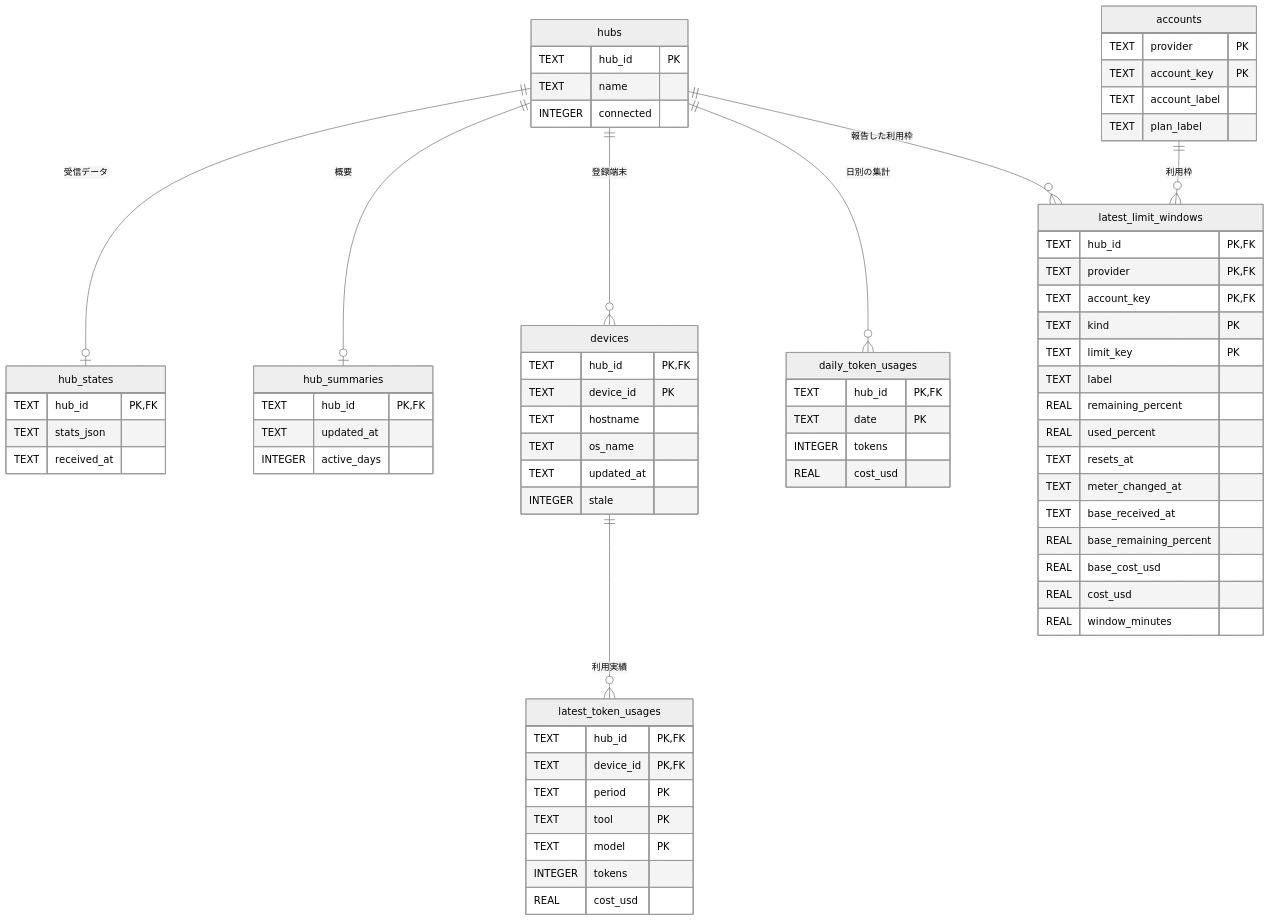
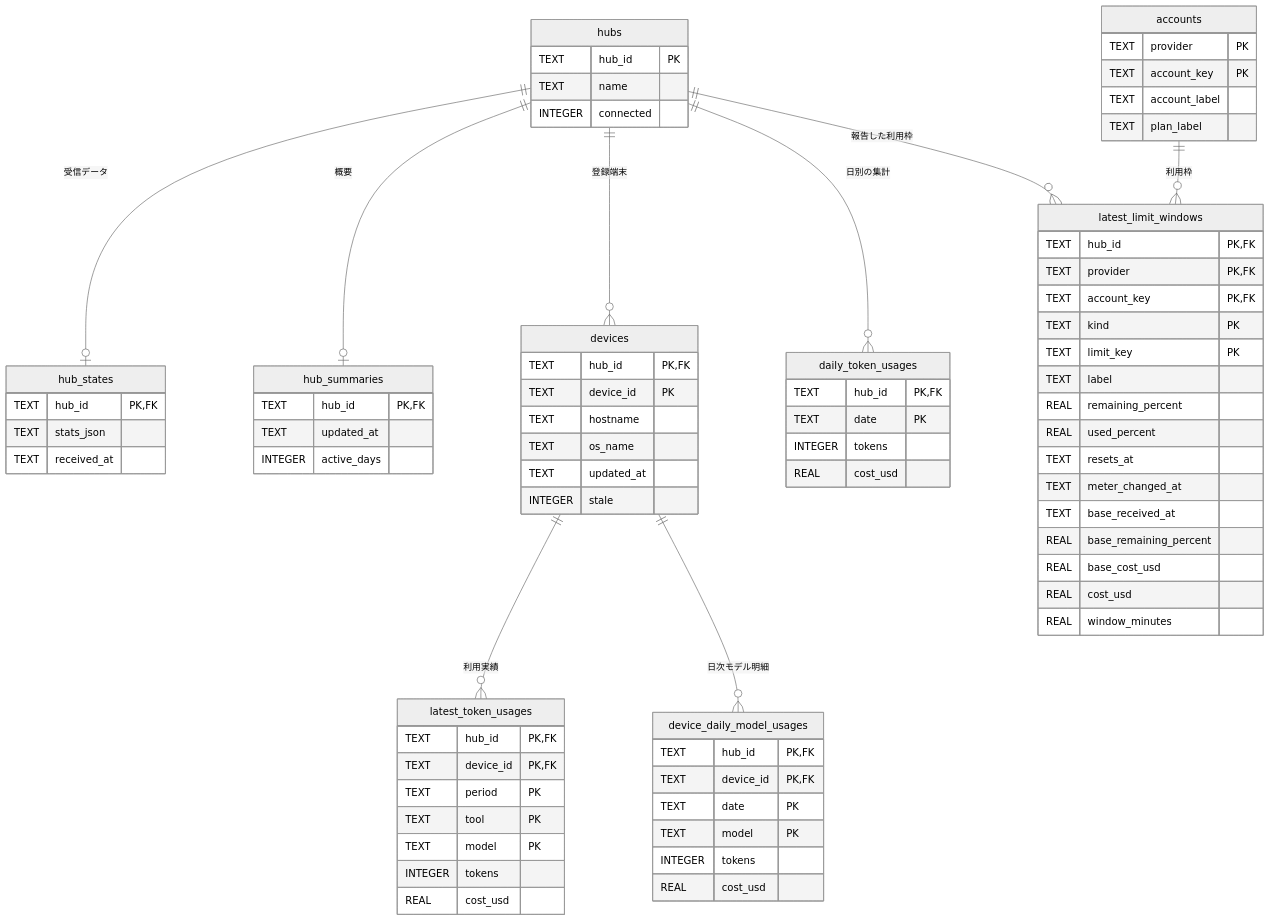
The diagram in docs/design/data.md (nuitsjp/multi-token-monitor), drawn with Mermaid (neutral theme) before and after one commit. The commit also changed other lines of this file and 28 other files, not shown here.

Commit message:
feat: connect hub usage view to persisted device model history

````diff
--- a/docs/design/data.md
+++ b/docs/design/data.md
@@ -7,71 +7,80 @@
 ```mermaid
 erDiagram
   hubs ||--o| hub_states : "受信データ"
   hubs ||--o| hub_summaries : "概要"
   hubs ||--o{ devices : "登録端末"
   hubs ||--o{ daily_token_usages : "日別の集計"
   devices ||--o{ latest_token_usages : "利用実績"
+  devices ||--o{ device_daily_model_usages : "日次モデル明細"
   hubs ||--o{ latest_limit_windows : "報告した利用枠"
   accounts ||--o{ latest_limit_windows : "利用枠"
   hubs {
     TEXT hub_id PK
     TEXT name
     INTEGER connected
   }
   hub_states {
     TEXT hub_id PK,FK
     TEXT stats_json
     TEXT received_at
   }
   hub_summaries {
     TEXT hub_id PK,FK
     TEXT updated_at
     INTEGER active_days
   }
   daily_token_usages {
     TEXT hub_id PK,FK
     TEXT date PK
     INTEGER tokens
     REAL cost_usd
   }
   devices {
     TEXT hub_id PK,FK
     TEXT device_id PK
     TEXT hostname
     TEXT os_name
     TEXT updated_at
     INTEGER stale
   }
   latest_token_usages {
     TEXT hub_id PK,FK
     TEXT device_id PK,FK
     TEXT period PK
     TEXT tool PK
     TEXT model PK
     INTEGER tokens
     REAL cost_usd
   }
+  device_daily_model_usages {
+    TEXT hub_id PK,FK
+    TEXT device_id PK,FK
+    TEXT date PK
+    TEXT model PK
+    INTEGER tokens
+    REAL cost_usd
+  }
   accounts {
     TEXT provider PK
     TEXT account_key PK
     TEXT account_label
     TEXT plan_label
   }
   latest_limit_windows {
     TEXT hub_id PK,FK
     TEXT provider PK,FK
     TEXT account_key PK,FK
     TEXT kind PK
     TEXT limit_key PK
     TEXT label
     REAL remaining_percent
     REAL used_percent
     TEXT resets_at
     TEXT meter_changed_at
     TEXT base_received_at
     REAL base_remaining_percent
     REAL base_cost_usd
     REAL cost_usd
     REAL window_minutes
   }
 ```
````
